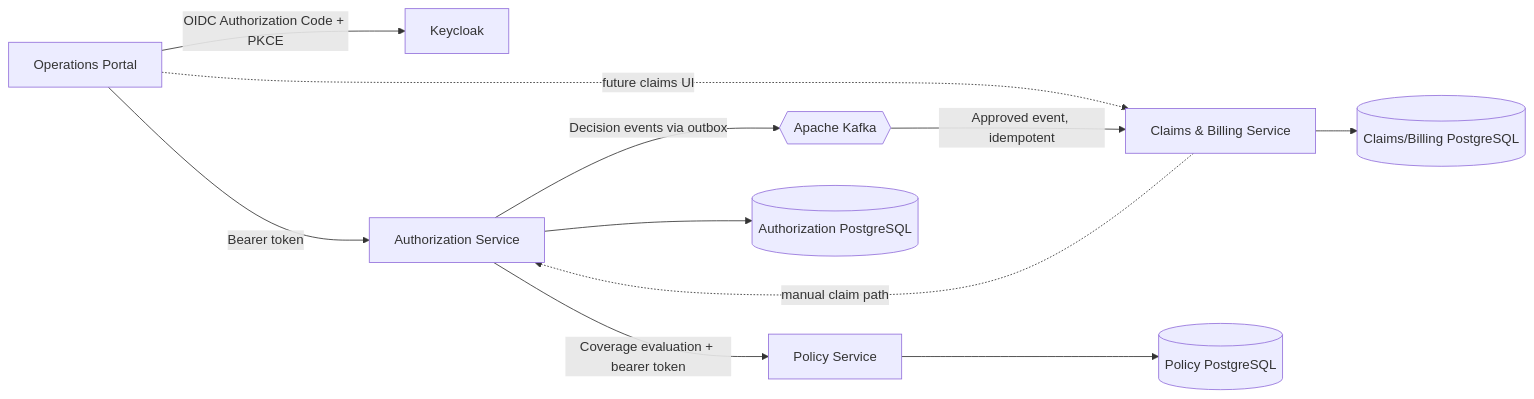
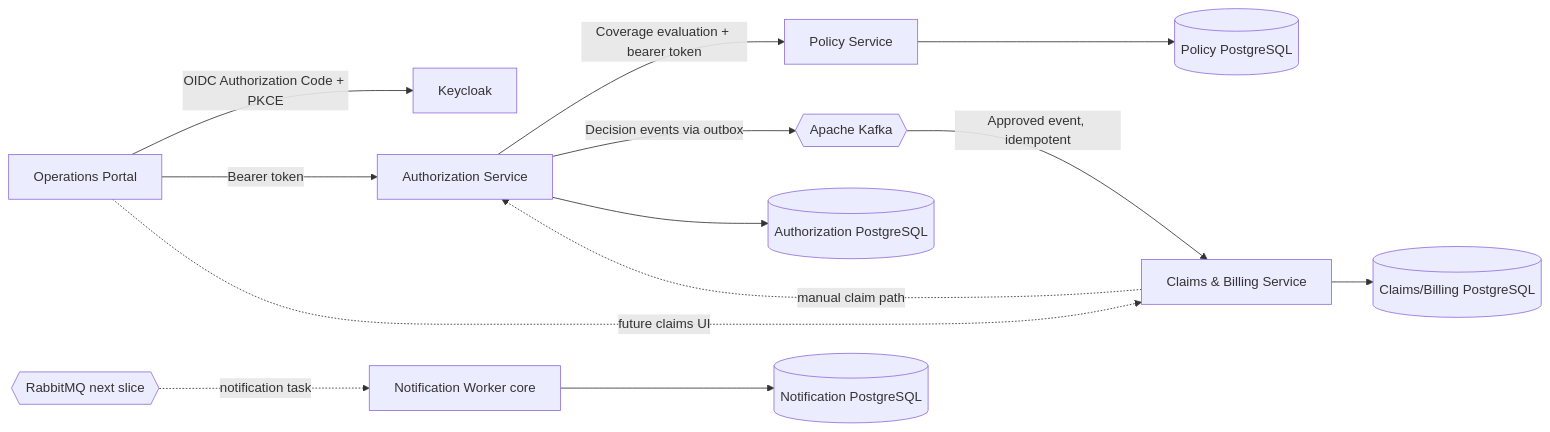
The diagram in docs/project-technical-walkthrough.md (aydindemir1/health-insurance-platform), drawn with Mermaid before and after one commit. The commit also changed other lines of this file and 7 other files, not shown here.

````diff
--- a/docs/project-technical-walkthrough.md
+++ b/docs/project-technical-walkthrough.md
@@ -114,13 +129,15 @@
 ```mermaid
 flowchart LR
     Browser[Operations Portal] -->|OIDC Authorization Code + PKCE| KC[Keycloak]
     Browser -->|Bearer token| Auth[Authorization Service]
     Auth -->|Coverage evaluation + bearer token| Policy[Policy Service]
     Auth -->|Decision events via outbox| Kafka{{Apache Kafka}}
     Browser -. future claims UI .-> Claims[Claims & Billing Service]
     Kafka -->|Approved event, idempotent| Claims
     Claims -. manual claim path .-> Auth
     Auth --> AuthDB[(Authorization PostgreSQL)]
     Policy --> PolicyDB[(Policy PostgreSQL)]
     Claims --> ClaimsDB[(Claims/Billing PostgreSQL)]
+    Worker[Notification Worker core] --> WorkerDB[(Notification PostgreSQL)]
+    Rabbit{{RabbitMQ next slice}} -. notification task .-> Worker
 ```
````
